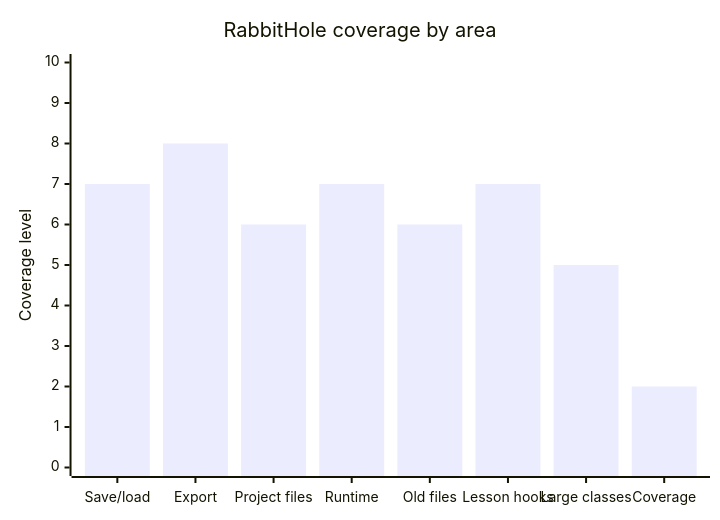
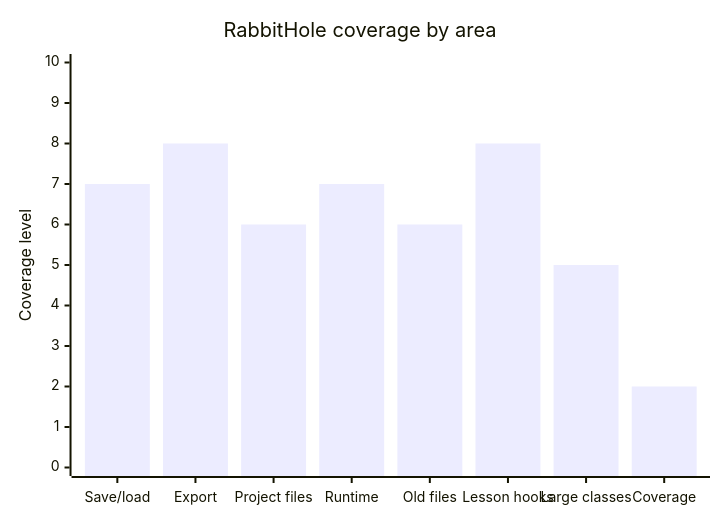
One commit to rysweet/drinkme changed the third of 6 diagrams in README.md. Above: the diagram before and after it, drawn with Mermaid. The commit also changed other lines of this file and 2 other files, not shown here.

````diff
--- a/README.md
+++ b/README.md
@@ -78,7 +78,7 @@
 ```mermaid
 xychart-beta
   title "RabbitHole coverage by area"
   x-axis ["Save/load", "Export", "Project files", "Runtime", "Old files", "Lesson hooks", "Large classes", "Coverage"]
   y-axis "Coverage level" 0 --> 10
-  bar [7, 8, 6, 7, 6, 7, 5, 2]
+  bar [7, 8, 6, 7, 6, 8, 5, 2]
 ```
````
